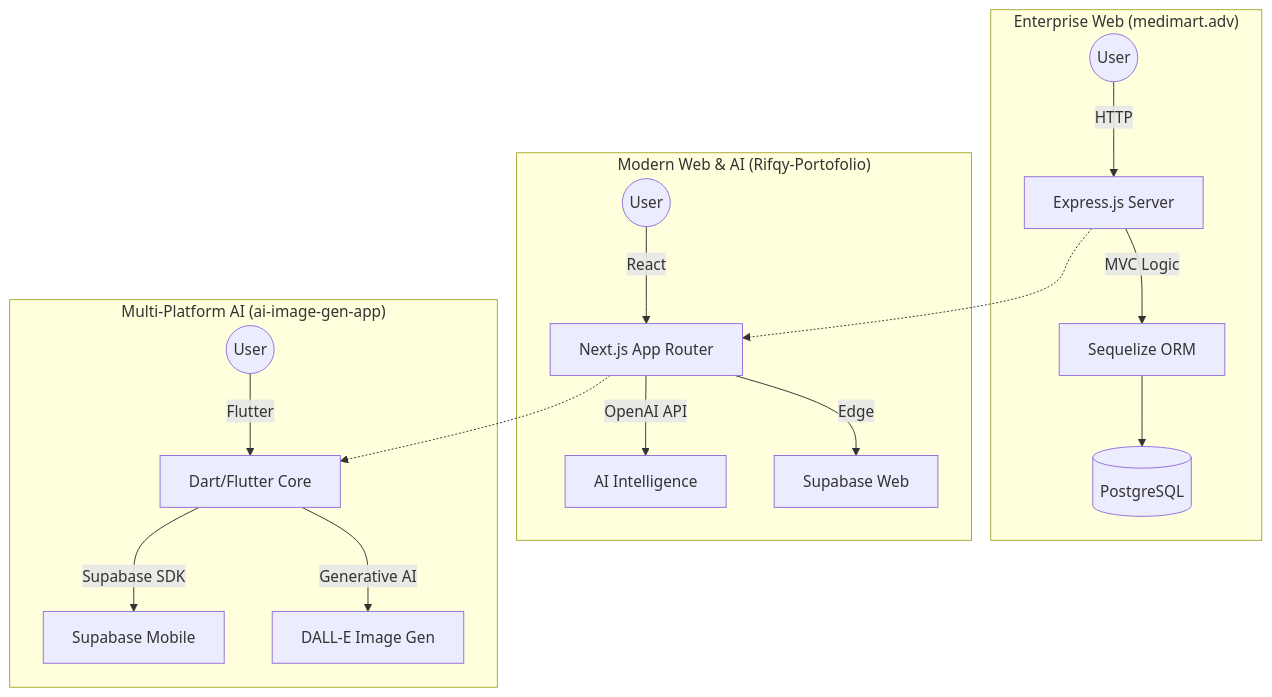
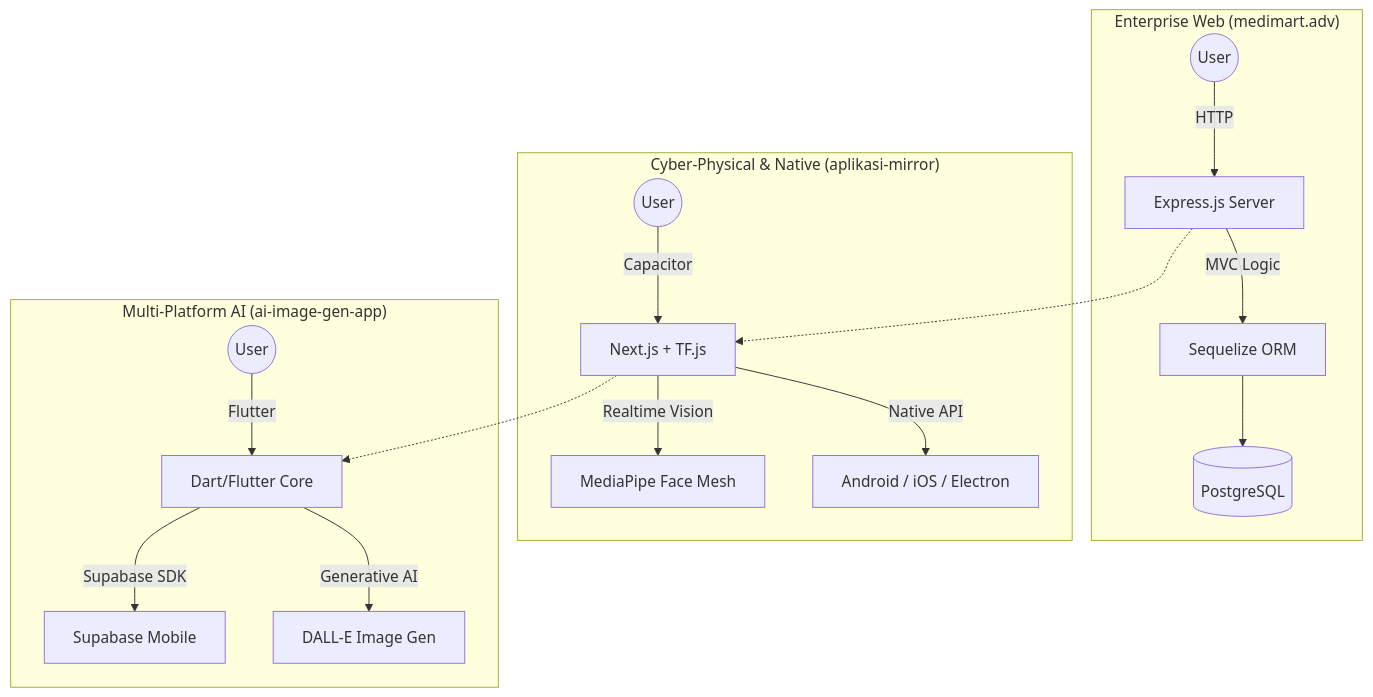
Before and after one commit to rifqyhazim22/rifqyhazim22: the diagram in README.md, drawn with Mermaid. The commit also changed other lines of this file, not shown here.

Commit message:
Enhance profile: Add Computer Vision (TensorFlow.js) and Native Cross-Platform (Capacitor) expertise

````diff
--- a/README.md
+++ b/README.md
@@ -24,23 +24,23 @@
 ```mermaid
 graph TD
     subgraph "Enterprise Web (medimart.adv)"
         M_User((User)) -- HTTP --> Express[Express.js Server]
         Express -- MVC Logic --> Seq[Sequelize ORM]
         Seq --> Postgres[(PostgreSQL)]
     end
 
-    subgraph "Modern Web & AI (Rifqy-Portofolio)"
-        P_User((User)) -- React --> NextWS[Next.js App Router]
-        NextWS -- OpenAI API --> AI_Prompt[AI Intelligence]
-        NextWS -- Edge --> SupaW[Supabase Web]
+    subgraph "Cyber-Physical & Native (aplikasi-mirror)"
+        AM_User((User)) -- Capacitor --> CV_App[Next.js + TF.js]
+        CV_App -- Realtime Vision --> MediaPipe[MediaPipe Face Mesh]
+        CV_App -- Native API --> Cap[Android / iOS / Electron]
     end
 
     subgraph "Multi-Platform AI (ai-image-gen-app)"
         A_User((User)) -- Flutter --> Dart[Dart/Flutter Core]
         Dart -- Supabase SDK --> SupaM[Supabase Mobile]
         Dart -- Generative AI --> DALL_E[DALL-E Image Gen]
     end
 
-    Express -.-> NextWS
-    NextWS -.-> Dart
+    Express -.-> CV_App
+    CV_App -.-> Dart
 ```
````
